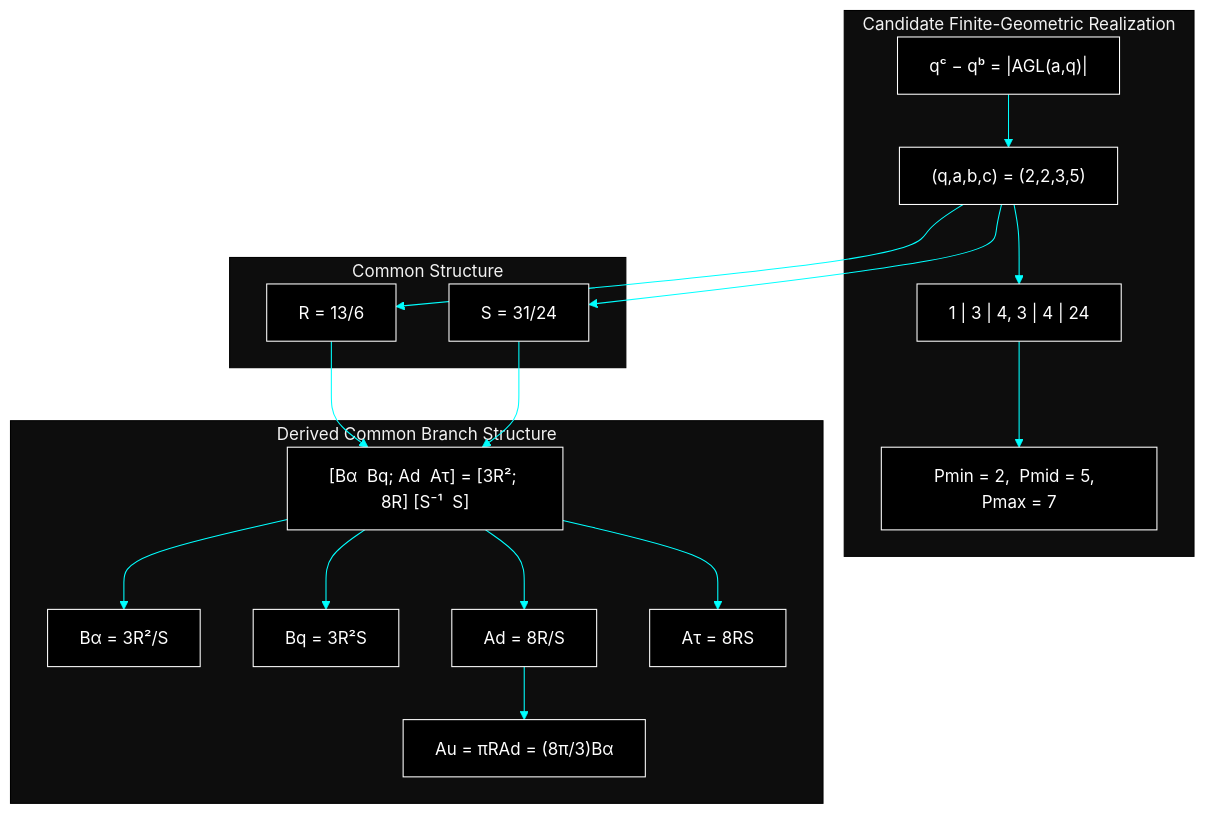
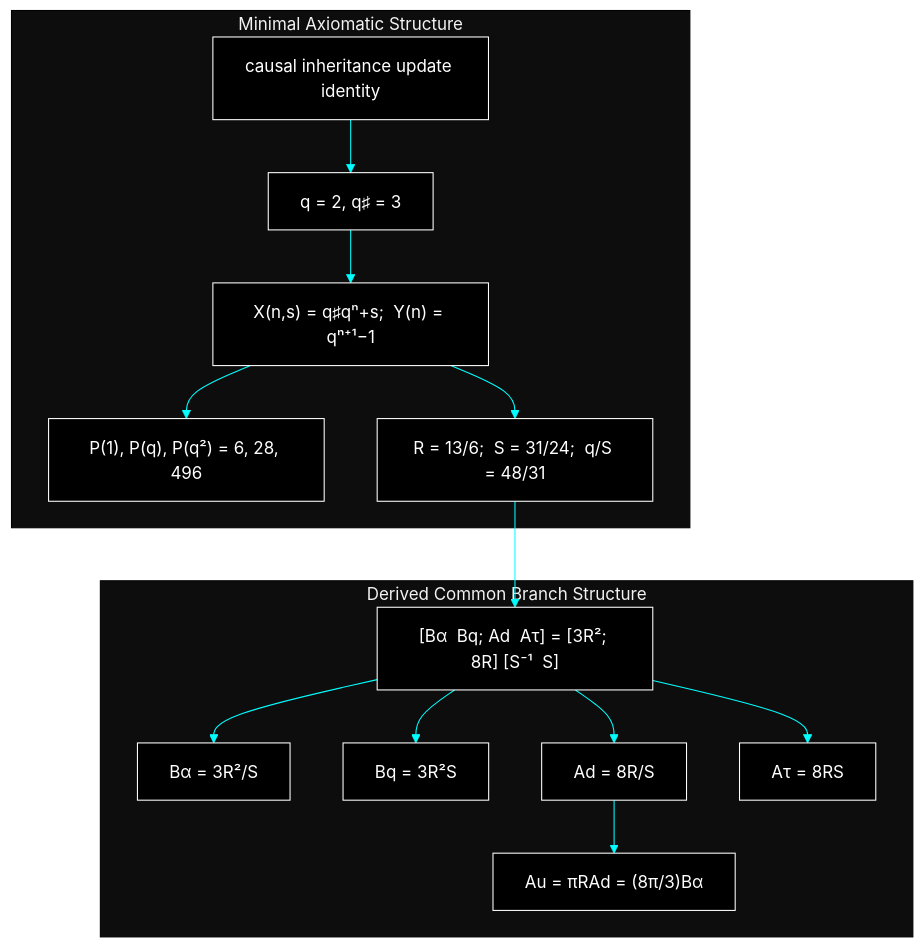
The first of 8 diagrams in README.md (yasuotanakaresearch/zero-parameter-structure), drawn with Mermaid before and after one commit. The commit also changed other lines of this file and 5 other files, not shown here.

First line of the commit message:
refactor: derive R and S from minimal axioms and X/Y structure

````diff
--- a/README.md
+++ b/README.md
@@ -360,45 +393,39 @@
 ```mermaid
 ---
 config:
   theme: 'base'
   themeVariables:
     primaryColor: '#000000'
     primaryTextColor: '#ffffff'
     primaryBorderColor: '#ffffff'
     lineColor: '#00ffff'
 ---
 flowchart TB
-    subgraph FiniteGeometry["Candidate Finite-Geometric Realization"]
-        U["qᶜ − qᵇ = |AGL(a,q)|"]
-        D["(q,a,b,c) = (2,2,3,5)"]
-        L["1 | 3 | 4,  3 | 4 | 24"]
-        P["Pmin = 2,  Pmid = 5,  Pmax = 7"]
-    end
-
-    subgraph Common["Common Structure"]
-        R["R = 13/6"]
-        S["S = 31/24"]
+    subgraph MinimalAxioms["Minimal Axiomatic Structure"]
+        C["causal inheritance update identity"]
+        Q["q = 2,  q♯ = 3"]
+        XY["X(n,s) = q♯qⁿ+s;  Y(n) = qⁿ⁺¹−1"]
+        P["P(1), P(q), P(q²) = 6, 28, 496"]
+        RS["R = 13/6;  S = 31/24;  q/S = 48/31"]
     end
 
     subgraph CommonBranch["Derived Common Branch Structure"]
         branch_matrix["[Bα  Bq; Ad  Aτ] = [3R²; 8R] [S⁻¹  S]"]
         Balpha["Bα = 3R²/S"]
         Bq["Bq = 3R²S"]
         Ad["Ad = 8R/S"]
         Atau["Aτ = 8RS"]
         Au["Au = πRAd = (8π/3)Bα"]
     end
 
-    U --> D
-    D --> L
-    L --> P
-    D --> R
-    D --> S
-    R --> branch_matrix
-    S --> branch_matrix
+    C --> Q
+    Q --> XY
+    XY --> P
+    XY --> RS
+    RS --> branch_matrix
     branch_matrix --> Balpha
     branch_matrix --> Bq
     branch_matrix --> Ad
     branch_matrix --> Atau
     Ad --> Au
 ```
````
